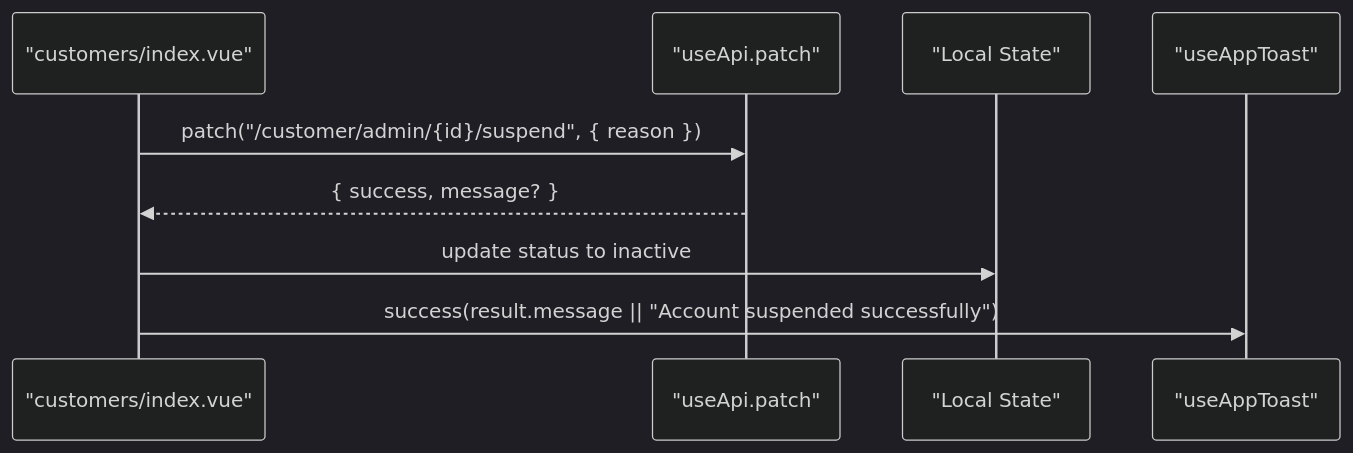
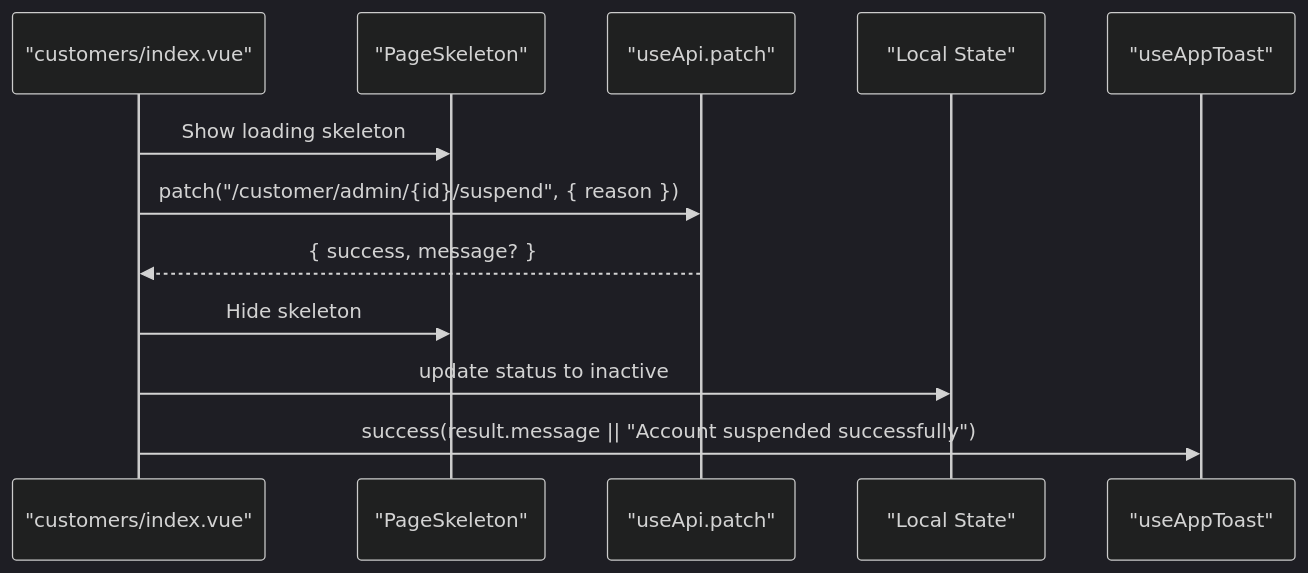
One commit to Lazynerd-Studios/lacarte-atlas-console changed the sixth of 8 diagrams in .qoder/repowiki/en/content/Architecture & Design/API Integration & Communication.md. Above: the diagram before and after it, drawn with Mermaid (dark theme). The commit also changed other lines of this file and 14 other files, not shown here.

````diff
--- a/.qoder/repowiki/en/content/Architecture & Design/API Integration & Communication.md
+++ b/.qoder/repowiki/en/content/Architecture & Design/API Integration & Communication.md
@@ -274,11 +331,14 @@
 ```mermaid
 sequenceDiagram
 participant Page as "customers/index.vue"
+participant Skeleton as "PageSkeleton"
 participant Api as "useApi.patch"
 participant UI as "Local State"
 participant Toast as "useAppToast"
+Page->>Skeleton : Show loading skeleton
 Page->>Api : patch("/customer/admin/{id}/suspend", { reason })
 Api-->>Page : { success, message? }
+Page->>Skeleton : Hide skeleton
 Page->>UI : update status to inactive
 Page->>Toast : success(result.message || "Account suspended successfully")
 ```
````
